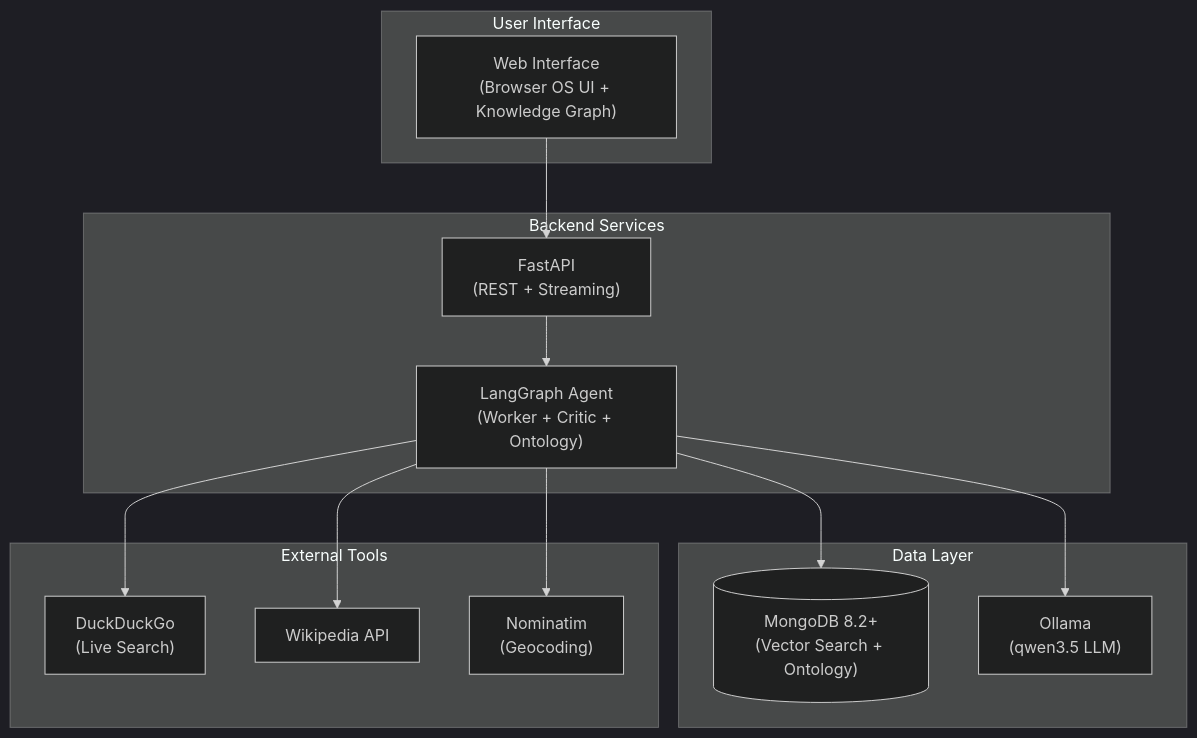
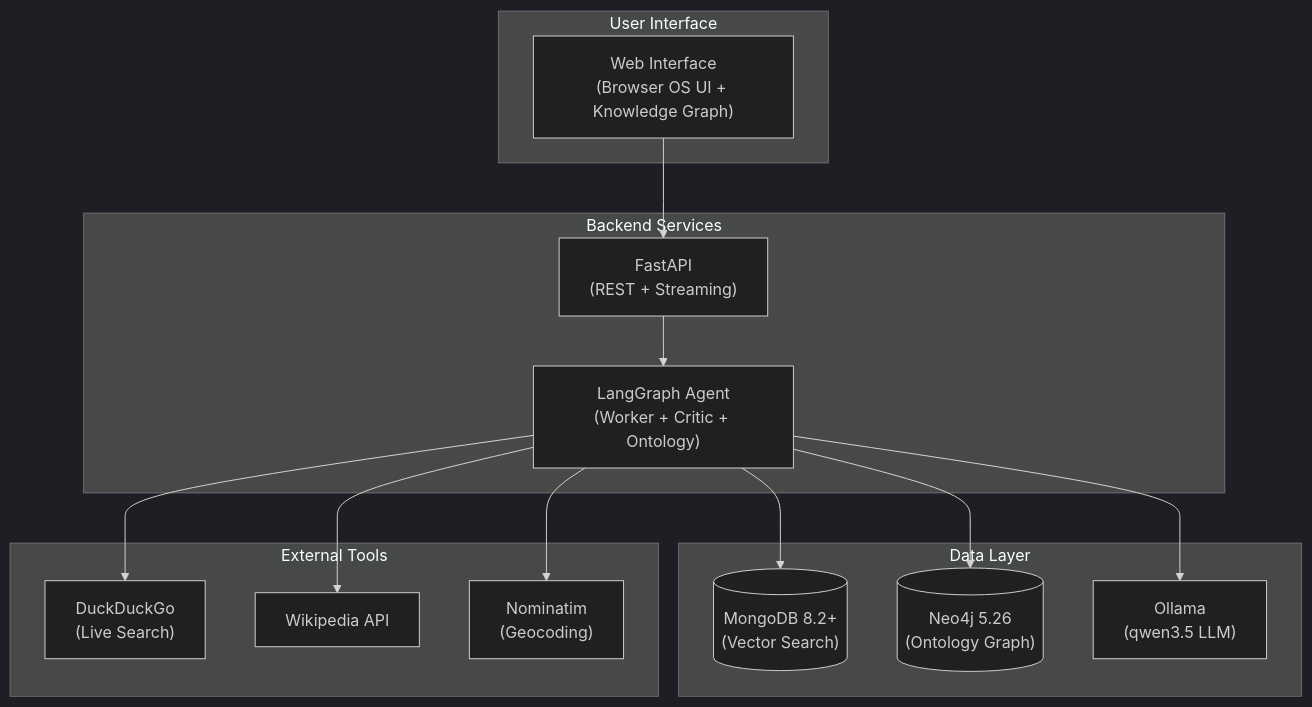
Before and after one commit to fbaierl/geo-vision-lab: the second of 2 diagrams in README.md, drawn with Mermaid. The commit also changed other lines of this file and 18 other files, not shown here.

````diff
--- a/README.md
+++ b/README.md
@@ -193,31 +196,33 @@
 ```mermaid
 %%{init: {'theme': 'dark'}}%%
 graph TB
     subgraph User["User Interface"]
         UI["Web Interface<br/>(Browser OS UI + Knowledge Graph)"]
     end
 
     subgraph Backend["Backend Services"]
         API["FastAPI<br/>(REST + Streaming)"]
         AGENT["LangGraph Agent<br/>(Worker + Critic + Ontology)"]
     end
 
     subgraph Data["Data Layer"]
-        MDB[("MongoDB 8.2+<br/>(Vector Search + Ontology)")]
+        MDB[("MongoDB 8.2+<br/>(Vector Search)")]
+        N4J[("Neo4j 5.26<br/>(Ontology Graph)")]
         OL["Ollama<br/>(qwen3.5 LLM)"]
     end
 
     subgraph Tools["External Tools"]
         WEB["DuckDuckGo<br/>(Live Search)"]
         WIKI["Wikipedia API"]
         NOM["Nominatim<br/>(Geocoding)"]
     end
 
     UI --> API
     API --> AGENT
     AGENT --> MDB
+    AGENT --> N4J
     AGENT --> OL
     AGENT --> WEB
     AGENT --> WIKI
     AGENT --> NOM
 ```
````
